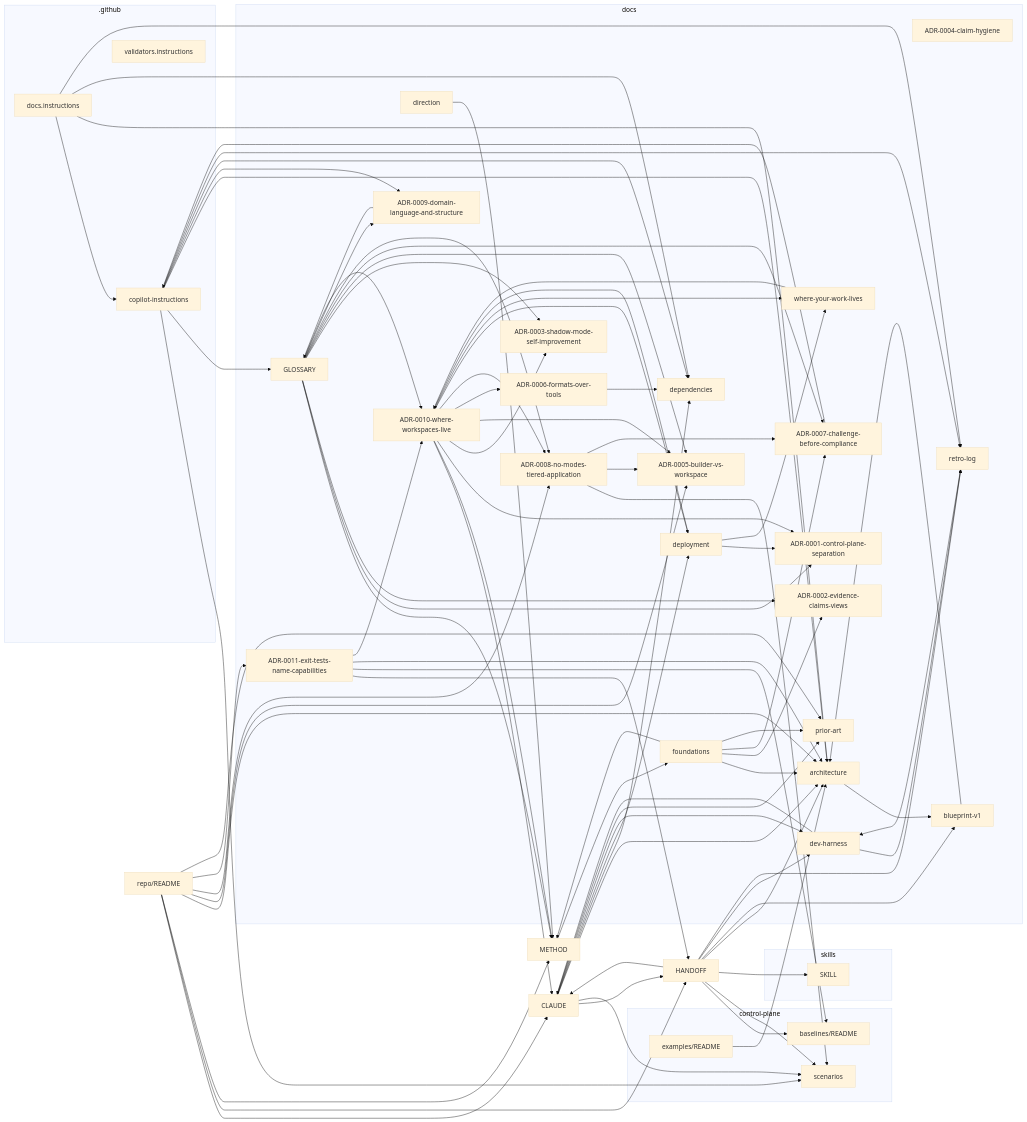
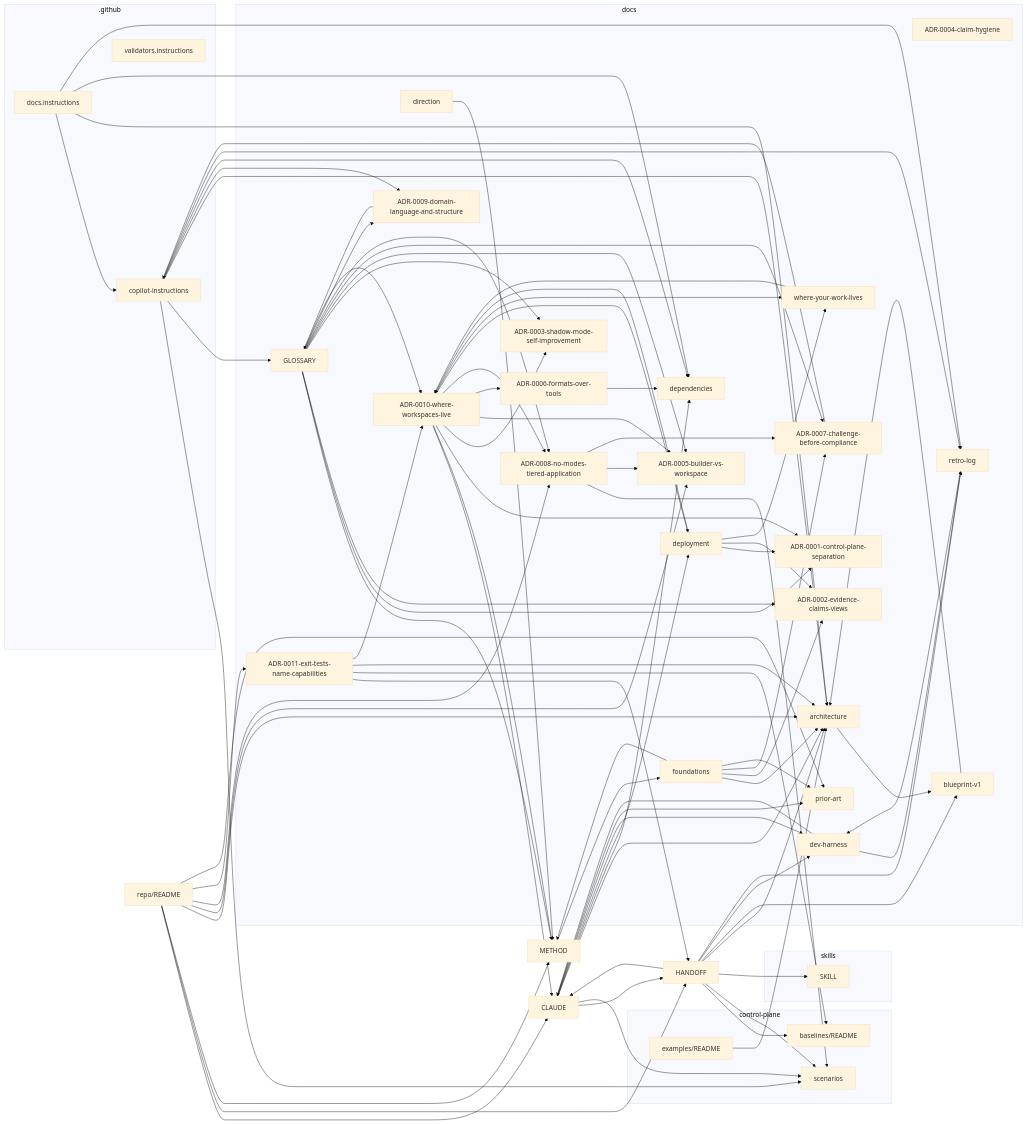
Before and after one commit to boulaajaj/ai-mise: the diagram in docs/mindmap.md, drawn with Mermaid (base theme). The commit also changed other lines of this file and 3 other files, not shown here.

```diff
--- a/docs/mindmap.md
+++ b/docs/mindmap.md
@@ -112,6 +112,7 @@
   docs_decisions_ADR_0011_exit_tests_name_capabilities_md --> docs_architecture_md
   docs_decisions_ADR_0011_exit_tests_name_capabilities_md --> docs_decisions_ADR_0010_where_workspaces_live_md
   docs_deployment_md --> docs_decisions_ADR_0001_control_plane_separation_md
+  docs_deployment_md --> docs_decisions_ADR_0002_evidence_claims_views_md
   docs_deployment_md --> docs_decisions_ADR_0010_where_workspaces_live_md
   docs_deployment_md --> docs_where_your_work_lives_md
   docs_foundations_md --> METHOD_md
```
